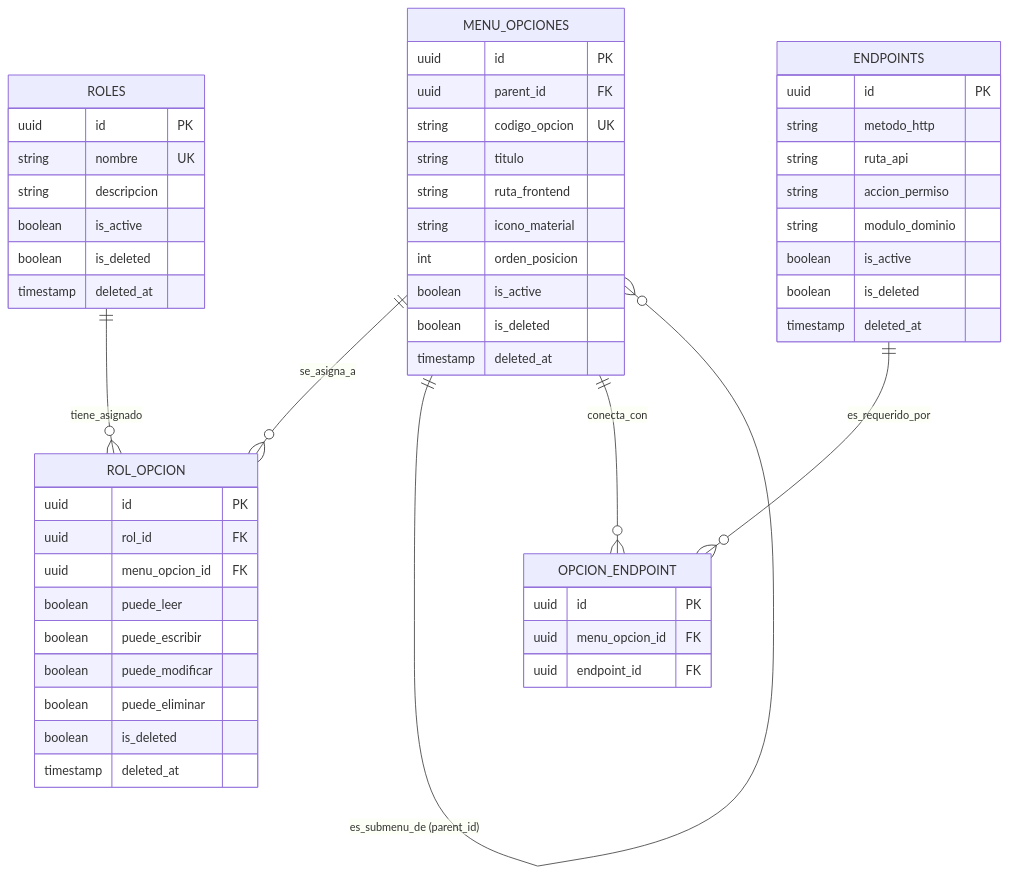
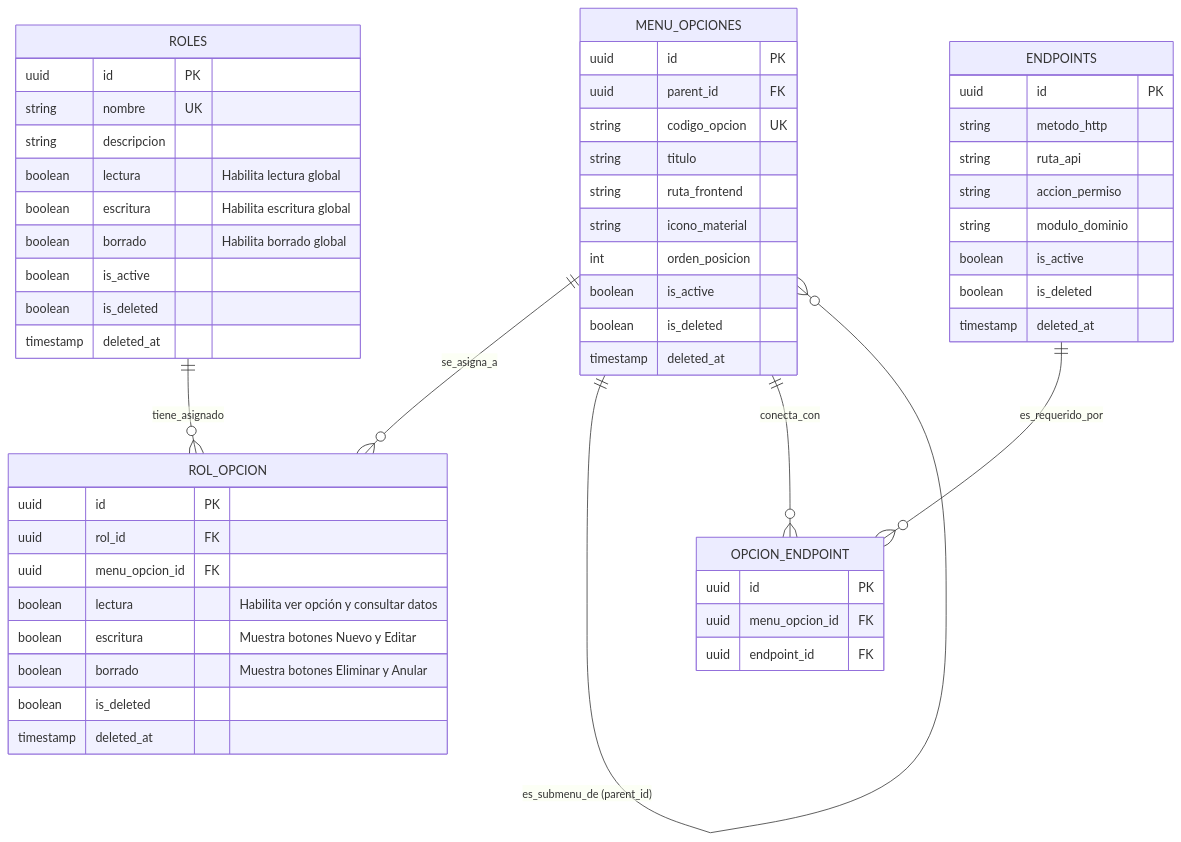
The diagram in docs/MODELO_DATOS_RBAC_DINAMICO_Y_ERRORES.md (ginobermudez76/Software-Odontologico), drawn with Mermaid before and after one commit. The commit also changed other lines of this file and 3 other files, not shown here.

Commit message:
docs: agregar diagrama ERD completo y permisos booleanos lectura escritura borrado con visibilidad condicional de botones

````diff
--- a/docs/MODELO_DATOS_RBAC_DINAMICO_Y_ERRORES.md
+++ b/docs/MODELO_DATOS_RBAC_DINAMICO_Y_ERRORES.md
@@ -25,59 +25,61 @@
 ```mermaid
 erDiagram
     ROLES ||--o{ ROL_OPCION : "tiene_asignado"
     MENU_OPCIONES ||--o{ ROL_OPCION : "se_asigna_a"
     MENU_OPCIONES ||--o{ MENU_OPCIONES : "es_submenu_de (parent_id)"
     MENU_OPCIONES ||--o{ OPCION_ENDPOINT : "conecta_con"
     ENDPOINTS ||--o{ OPCION_ENDPOINT : "es_requerido_por"
 
     ROLES {
         uuid id PK
         string nombre UK
         string descripcion
+        boolean lectura "Habilita lectura global"
+        boolean escritura "Habilita escritura global"
+        boolean borrado "Habilita borrado global"
         boolean is_active
         boolean is_deleted
         timestamp deleted_at
     }
 
     MENU_OPCIONES {
         uuid id PK
         uuid parent_id FK
         string codigo_opcion UK
         string titulo
         string ruta_frontend
         string icono_material
         int orden_posicion
         boolean is_active
         boolean is_deleted
         timestamp deleted_at
     }
 
     ENDPOINTS {
         uuid id PK
         string metodo_http
         string ruta_api
         string accion_permiso
         string modulo_dominio
         boolean is_active
         boolean is_deleted
         timestamp deleted_at
     }
 
     ROL_OPCION {
         uuid id PK
         uuid rol_id FK
         uuid menu_opcion_id FK
-        boolean puede_leer
-        boolean puede_escribir
-        boolean puede_modificar
-        boolean puede_eliminar
+        boolean lectura "Habilita ver opción y consultar datos"
+        boolean escritura "Muestra botones Nuevo y Editar"
+        boolean borrado "Muestra botones Eliminar y Anular"
         boolean is_deleted
         timestamp deleted_at
     }
 
     OPCION_ENDPOINT {
         uuid id PK
         uuid menu_opcion_id FK
         uuid endpoint_id FK
     }
 ```
````
